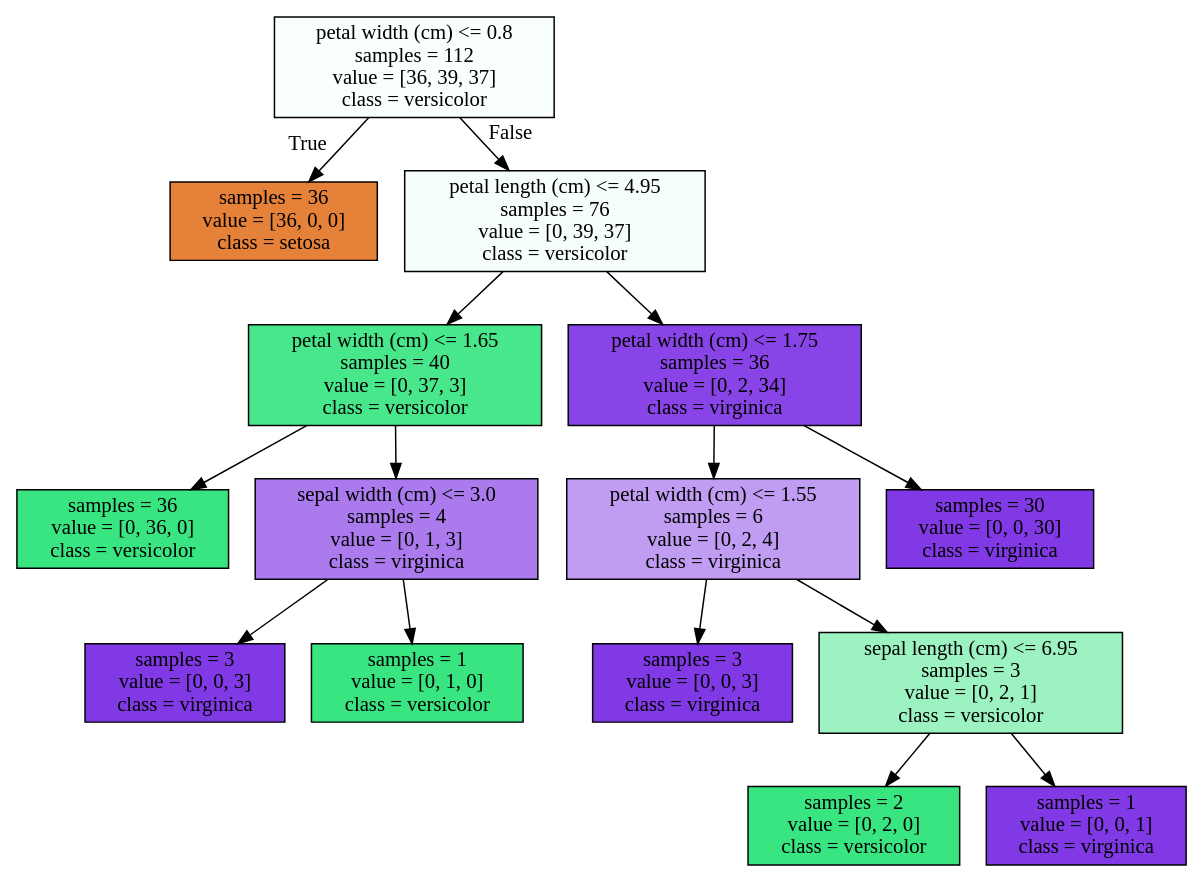
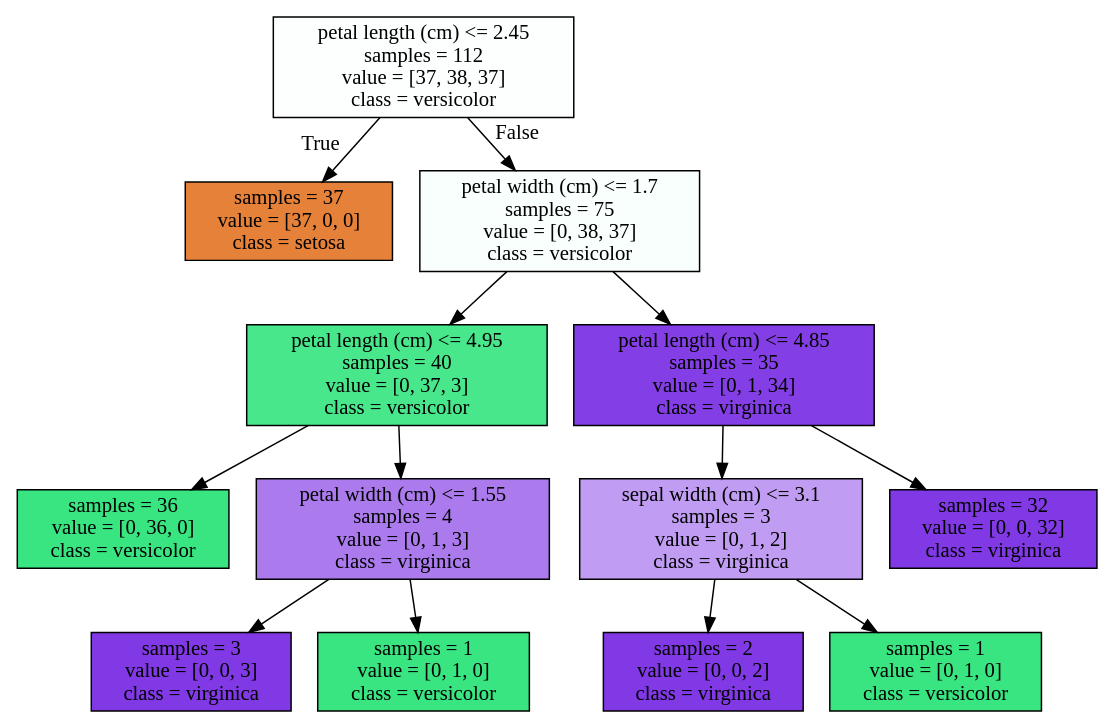
One commit to JosephPG/DecisionTreeExample changed the diagram in docs/Source.gv. Above: the diagram before and after it, drawn with Graphviz. The commit also changed 6 other files, not shown here.

```diff
--- a/docs/Source.gv
+++ b/docs/Source.gv
@@ -1,32 +1,28 @@
 digraph Tree {
 node [shape=box, style="filled", color="black"] ;
-0 [label="petal width (cm) <= 0.8\nsamples = 112\nvalue = [36, 39, 37]\nclass = versicolor", fillcolor="#39e58107"] ;
-1 [label="samples = 36\nvalue = [36, 0, 0]\nclass = setosa", fillcolor="#e58139ff"] ;
+0 [label="petal length (cm) <= 2.45\nsamples = 112\nvalue = [37, 38, 37]\nclass = versicolor", fillcolor="#39e58103"] ;
+1 [label="samples = 37\nvalue = [37, 0, 0]\nclass = setosa", fillcolor="#e58139ff"] ;
 0 -> 1 [labeldistance=2.5, labelangle=45, headlabel="True"] ;
-2 [label="petal length (cm) <= 4.95\nsamples = 76\nvalue = [0, 39, 37]\nclass = versicolor", fillcolor="#39e5810d"] ;
+2 [label="petal width (cm) <= 1.7\nsamples = 75\nvalue = [0, 38, 37]\nclass = versicolor", fillcolor="#39e58107"] ;
 0 -> 2 [labeldistance=2.5, labelangle=-45, headlabel="False"] ;
-3 [label="petal width (cm) <= 1.65\nsamples = 40\nvalue = [0, 37, 3]\nclass = versicolor", fillcolor="#39e581ea"] ;
+3 [label="petal length (cm) <= 4.95\nsamples = 40\nvalue = [0, 37, 3]\nclass = versicolor", fillcolor="#39e581ea"] ;
 2 -> 3 ;
 4 [label="samples = 36\nvalue = [0, 36, 0]\nclass = versicolor", fillcolor="#39e581ff"] ;
 3 -> 4 ;
-5 [label="sepal width (cm) <= 3.0\nsamples = 4\nvalue = [0, 1, 3]\nclass = virginica", fillcolor="#8139e5aa"] ;
+5 [label="petal width (cm) <= 1.55\nsamples = 4\nvalue = [0, 1, 3]\nclass = virginica", fillcolor="#8139e5aa"] ;
 3 -> 5 ;
 6 [label="samples = 3\nvalue = [0, 0, 3]\nclass = virginica", fillcolor="#8139e5ff"] ;
 5 -> 6 ;
 7 [label="samples = 1\nvalue = [0, 1, 0]\nclass = versicolor", fillcolor="#39e581ff"] ;
 5 -> 7 ;
-8 [label="petal width (cm) <= 1.75\nsamples = 36\nvalue = [0, 2, 34]\nclass = virginica", fillcolor="#8139e5f0"] ;
+8 [label="petal length (cm) <= 4.85\nsamples = 35\nvalue = [0, 1, 34]\nclass = virginica", fillcolor="#8139e5f8"] ;
 2 -> 8 ;
-9 [label="petal width (cm) <= 1.55\nsamples = 6\nvalue = [0, 2, 4]\nclass = virginica", fillcolor="#8139e57f"] ;
+9 [label="sepal width (cm) <= 3.1\nsamples = 3\nvalue = [0, 1, 2]\nclass = virginica", fillcolor="#8139e57f"] ;
 8 -> 9 ;
-10 [label="samples = 3\nvalue = [0, 0, 3]\nclass = virginica", fillcolor="#8139e5ff"] ;
+10 [label="samples = 2\nvalue = [0, 0, 2]\nclass = virginica", fillcolor="#8139e5ff"] ;
 9 -> 10 ;
-11 [label="sepal length (cm) <= 6.95\nsamples = 3\nvalue = [0, 2, 1]\nclass = versicolor", fillcolor="#39e5817f"] ;
+11 [label="samples = 1\nvalue = [0, 1, 0]\nclass = versicolor", fillcolor="#39e581ff"] ;
 9 -> 11 ;
-12 [label="samples = 2\nvalue = [0, 2, 0]\nclass = versicolor", fillcolor="#39e581ff"] ;
-11 -> 12 ;
-13 [label="samples = 1\nvalue = [0, 0, 1]\nclass = virginica", fillcolor="#8139e5ff"] ;
-11 -> 13 ;
-14 [label="samples = 30\nvalue = [0, 0, 30]\nclass = virginica", fillcolor="#8139e5ff"] ;
-8 -> 14 ;
+12 [label="samples = 32\nvalue = [0, 0, 32]\nclass = virginica", fillcolor="#8139e5ff"] ;
+8 -> 12 ;
 }
```
